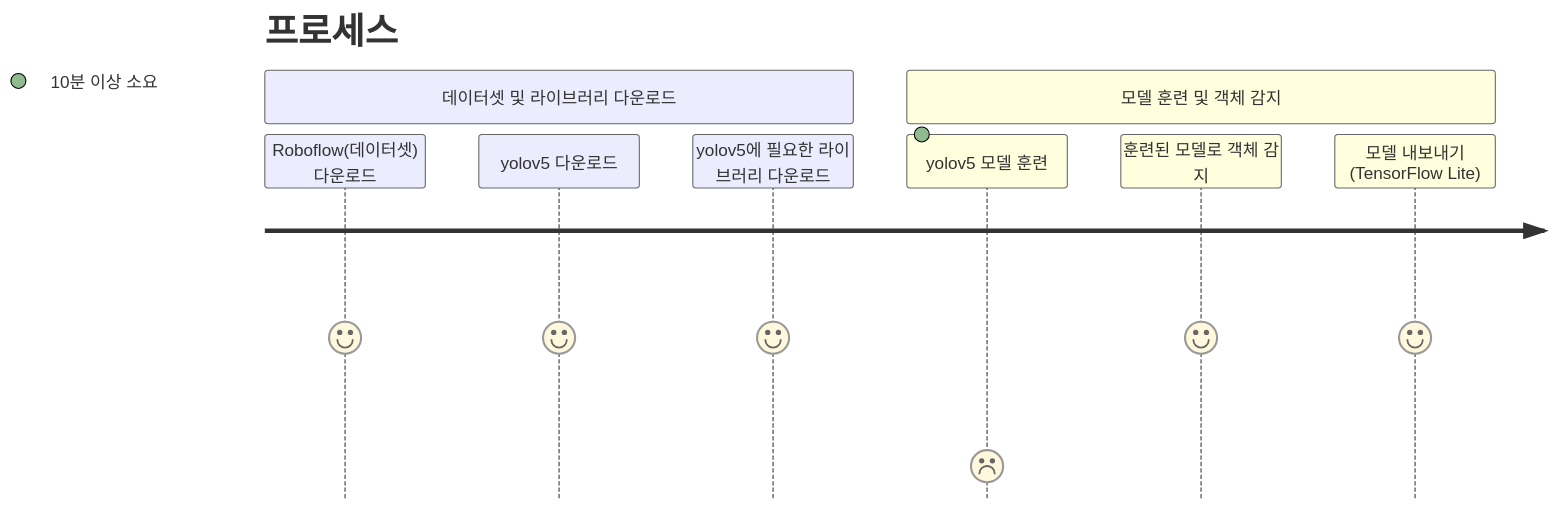
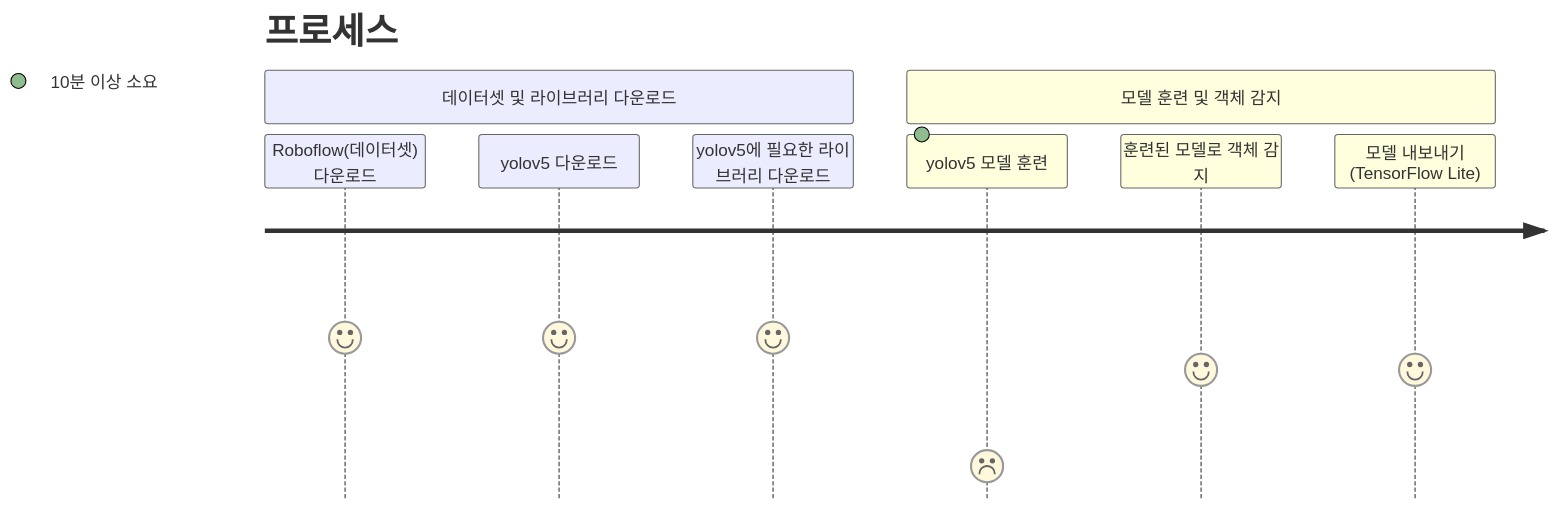
One commit to ITKOO/AI-Based-Detecting-Defects-in-Apartments changed the diagram in README.md. Above: the diagram before and after it, drawn with Mermaid. The commit also changed other lines of this file, not shown here.

````diff
--- a/README.md
+++ b/README.md
@@ -99,13 +99,13 @@
 ```mermaid
 journey
     title 프로세스
     section 데이터셋 및 라이브러리 다운로드
      Roboflow(데이터셋) 다운로드: 5
      yolov5 다운로드: 5
      yolov5에 필요한 라이브러리 다운로드: 5
     section 모델 훈련 및 객체 감지
      yolov5 모델 훈련: 1: 10분 이상 소요
-     훈련된 모델로 객체 감지: 5
-     모델 내보내기(TensorFlow Lite): 5
+     훈련된 모델로 객체 감지: 4
+     모델 내보내기(TensorFlow Lite): 4
 
 ```
````
